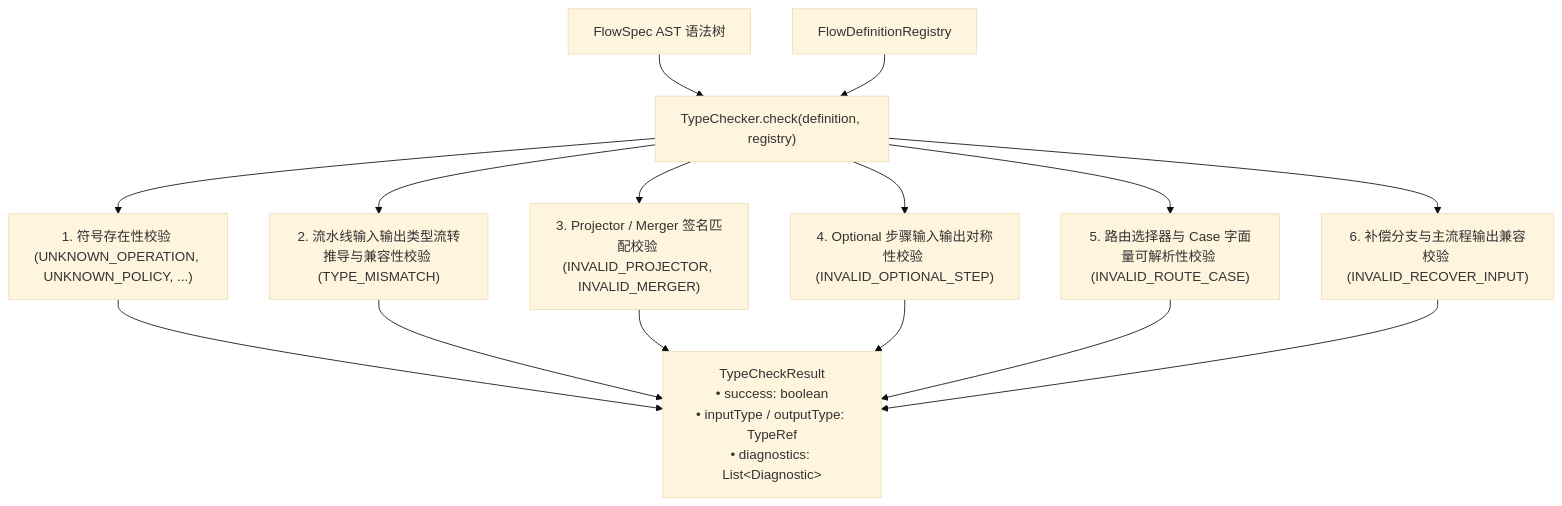
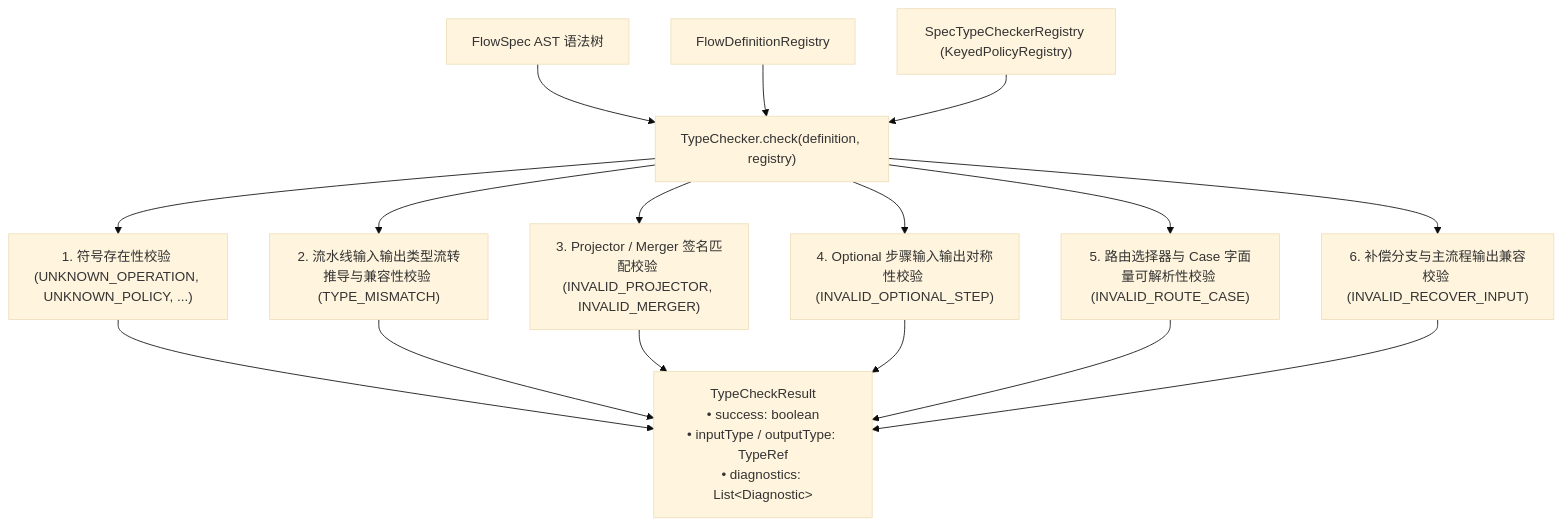
Before and after one commit to team4u/team4u-framework: the fourth of 5 diagrams in docs/flow/flow-definition.md, drawn with Mermaid (base theme). The commit also changed other lines of this file and 24 other files, not shown here.

Commit message:
refactor(flow-definition): decouple binders and checkers with KeyedPolicyRegistry and ConfigMapReader

````diff
--- a/docs/flow/flow-definition.md
+++ b/docs/flow/flow-definition.md
@@ -254,14 +286,15 @@
 ```mermaid
 graph TD
     AST["FlowSpec AST 语法树"] --> TC["TypeChecker.check(definition, registry)"]
     REG["FlowDefinitionRegistry"] --> TC
+    REG_STRAT["SpecTypeCheckerRegistry (KeyedPolicyRegistry)"] --> TC
 
     TC --> V1["1. 符号存在性校验 (UNKNOWN_OPERATION, UNKNOWN_POLICY, ...)"]
     TC --> V2["2. 流水线输入输出类型流转推导与兼容性校验 (TYPE_MISMATCH)"]
     TC --> V3["3. Projector / Merger 签名匹配校验 (INVALID_PROJECTOR, INVALID_MERGER)"]
     TC --> V4["4. Optional 步骤输入输出对称性校验 (INVALID_OPTIONAL_STEP)"]
     TC --> V5["5. 路由选择器与 Case 字面量可解析性校验 (INVALID_ROUTE_CASE)"]
     TC --> V6["6. 补偿分支与主流程输出兼容校验 (INVALID_RECOVER_INPUT)"]
 
     V1 & V2 & V3 & V4 & V5 & V6 --> RES["TypeCheckResult<br/>• success: boolean<br/>• inputType / outputType: TypeRef<br/>• diagnostics: List&lt;Diagnostic&gt;"]
 ```
````
